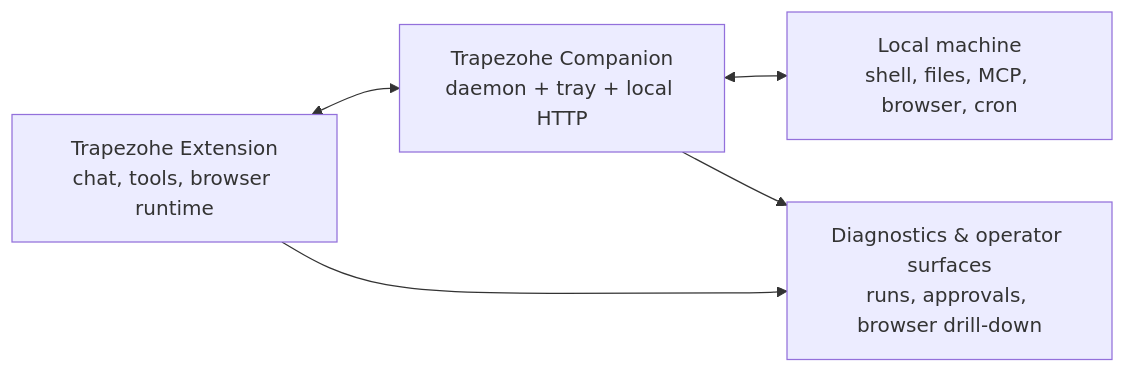
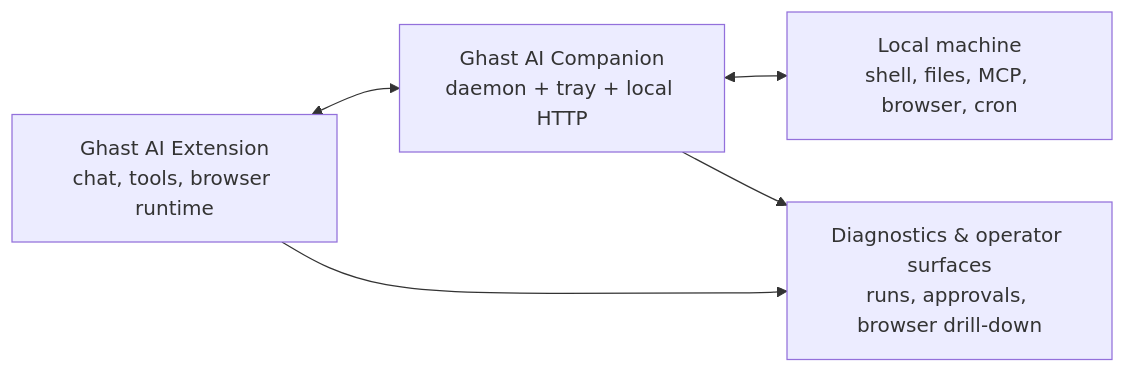
The diagram in README.md (Trapezohe/companion_service), drawn with Mermaid before and after one commit. The commit also changed other lines of this file, not shown here.

Commit message:
docs(readme): align branding with Ghast AI

````diff
--- a/README.md
+++ b/README.md
@@ -45,12 +45,12 @@
 ```mermaid
 flowchart LR
-  Extension["Trapezohe Extension\nchat, tools, browser runtime"]
-  Companion["Trapezohe Companion\ndaemon + tray + local HTTP"]
+  Extension["Ghast AI Extension\nchat, tools, browser runtime"]
+  Companion["Ghast AI Companion\ndaemon + tray + local HTTP"]
   Local["Local machine\nshell, files, MCP, browser, cron"]
   Diagnostics["Diagnostics & operator surfaces\nruns, approvals, browser drill-down"]
 
   Extension <--> Companion
   Companion <--> Local
   Companion --> Diagnostics
   Extension --> Diagnostics
 ```
````
